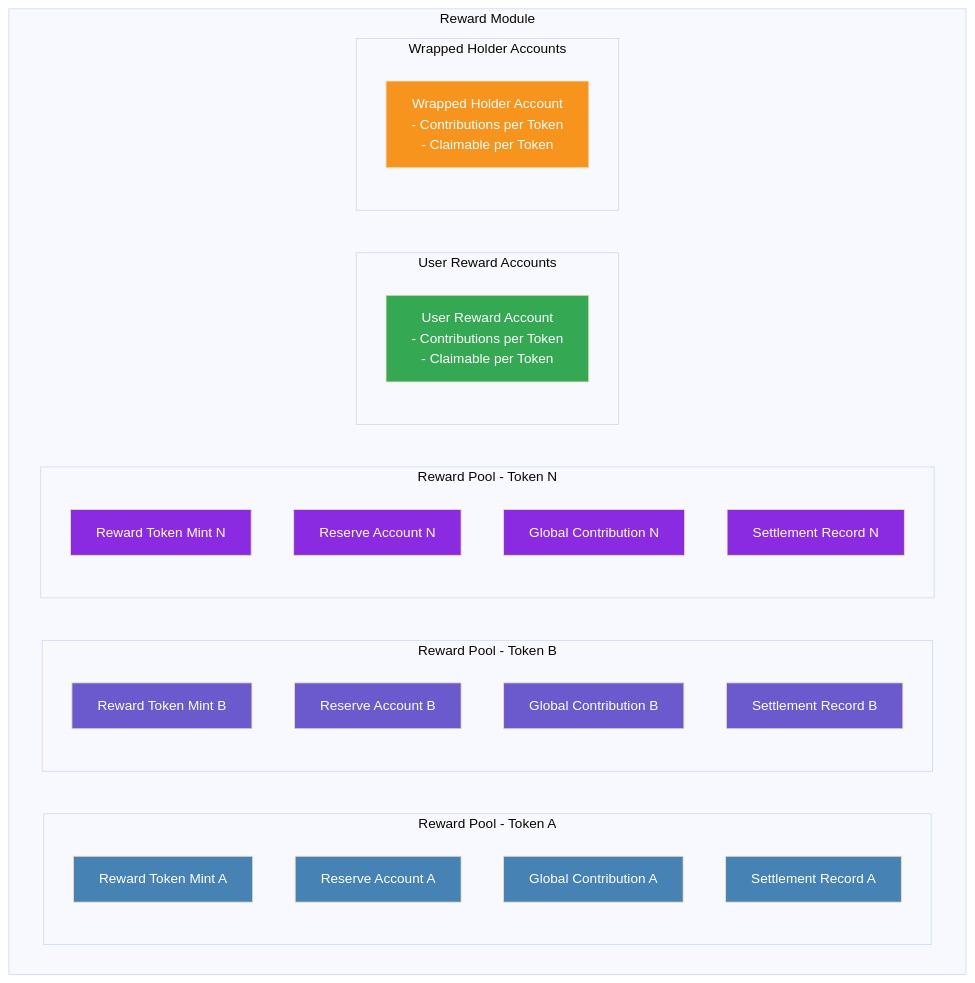
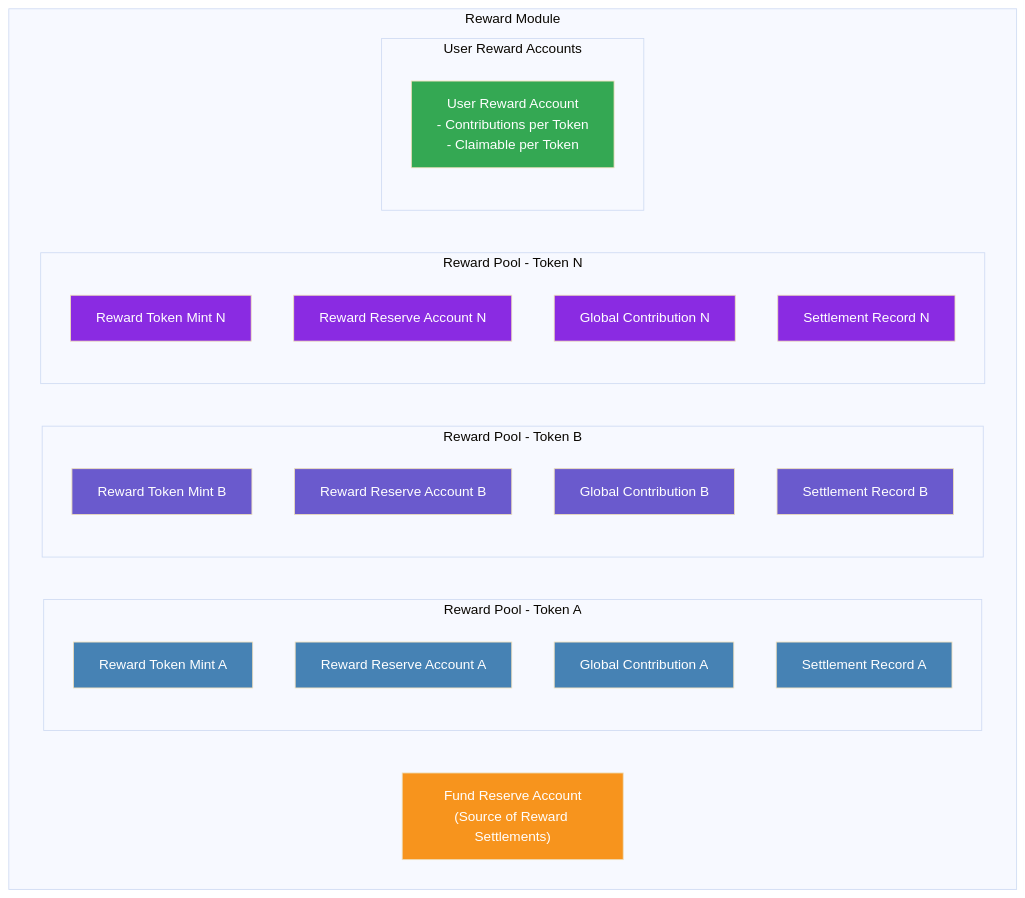
One commit to MarkHuang12/EGG changed the diagram in protocol/module/reward/reward-pool.mdx. Above: the diagram before and after it, drawn with Mermaid (base theme). The commit also changed other lines of this file, not shown here.

````diff
--- a/protocol/module/reward/reward-pool.mdx
+++ b/protocol/module/reward/reward-pool.mdx
@@ -11,48 +11,46 @@
 ```mermaid
 graph TD
 
 subgraph Reward Module
 
   subgraph Reward_Pool_A ["Reward Pool - Token A"]
     RewardTokenA["Reward Token Mint A"]
-    RewardReserveA["Reserve Account A"]
+    RewardReserveA["Reward Reserve Account A"]
     GlobalContributionA["Global Contribution A"]
     RewardSettlementA["Settlement Record A"]
   end
   
   subgraph Reward_Pool_B ["Reward Pool - Token B"]
     RewardTokenB["Reward Token Mint B"]
-    RewardReserveB["Reserve Account B"]
+    RewardReserveB["Reward Reserve Account B"]
     GlobalContributionB["Global Contribution B"]
     RewardSettlementB["Settlement Record B"]
   end
 
   subgraph Reward_Pool_N ["Reward Pool - Token N"]
     RewardTokenN["Reward Token Mint N"]
-    RewardReserveN["Reserve Account N"]
+    RewardReserveN["Reward Reserve Account N"]
     GlobalContributionN["Global Contribution N"]
     RewardSettlementN["Settlement Record N"]
   end
 
   subgraph User_Reward_Accounts ["User Reward Accounts"]
     UserRewardAccount["User Reward Account<br>- Contributions per Token<br>- Claimable per Token"]
   end
 
-  subgraph Wrapped_Holder_Accounts ["Wrapped Holder Accounts"]
-    WrappedHolderAccount["Wrapped Holder Account<br>- Contributions per Token<br>- Claimable per Token"]
-  end
+  FundReserveAccount["Fund Reserve Account<br>(Source of Reward Settlements)"]
 
 end
 
 classDef poolA fill:#4682B4,color:#fff
 classDef poolB fill:#6A5ACD,color:#fff
 classDef poolN fill:#8A2BE2,color:#fff
 classDef user fill:#34A853,color:#fff
-classDef wrapped fill:#F7941D,color:#fff
+classDef fundReserve fill:#F7941D,color:#fff
 
 class RewardTokenA,RewardReserveA,GlobalContributionA,RewardSettlementA poolA
 class RewardTokenB,RewardReserveB,GlobalContributionB,RewardSettlementB poolB
 class RewardTokenN,RewardReserveN,GlobalContributionN,RewardSettlementN poolN
 class UserRewardAccount user
-class WrappedHolderAccount wrapped
+class FundReserveAccount fundReserve
 ```
````
